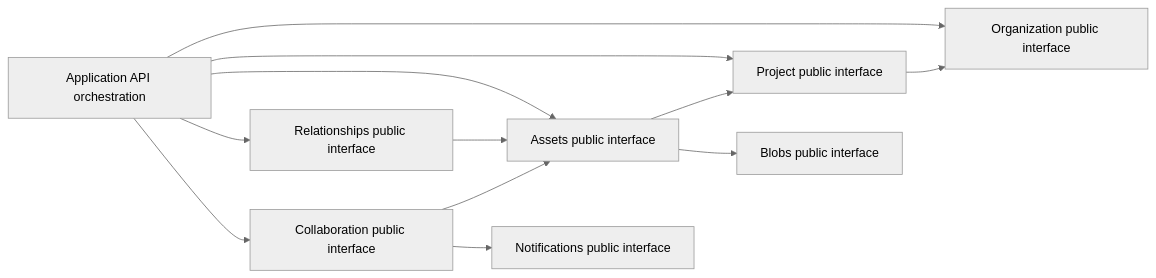
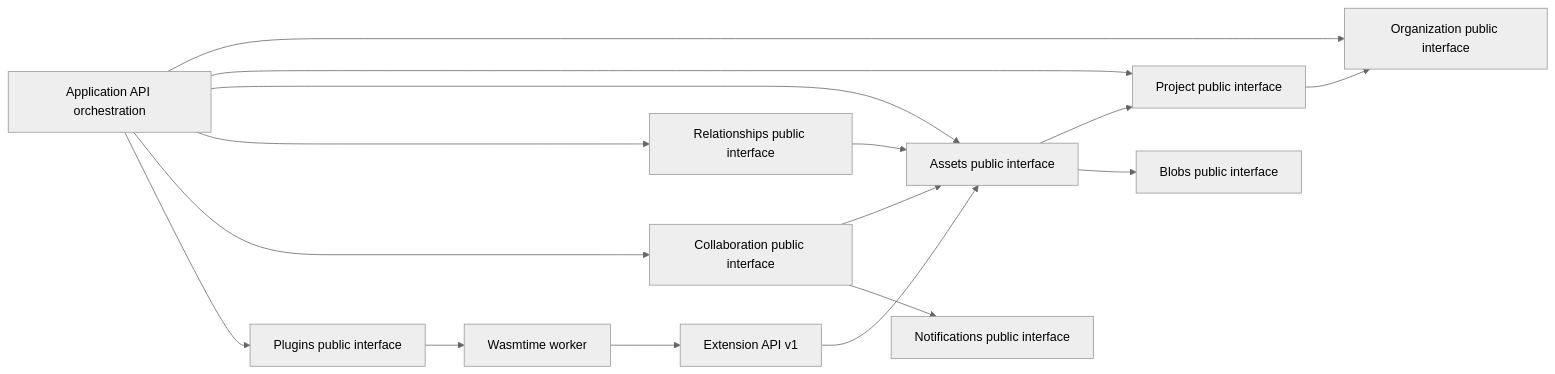
The second of 3 diagrams in docs/INTERNAL_FUNCTIONING.md (synkop360/OpenPDM), drawn with Mermaid (neutral theme) before and after one commit. The commit also changed other lines of this file and 13 other files, not shown here.

````diff
--- a/docs/INTERNAL_FUNCTIONING.md
+++ b/docs/INTERNAL_FUNCTIONING.md
@@ -63,23 +63,30 @@
 ```mermaid
 flowchart LR
     API["Application API orchestration"]
     Org["Organization public interface"]
     Project["Project public interface"]
     Assets["Assets public interface"]
     Blobs["Blobs public interface"]
     Relationships["Relationships public interface"]
     Collaboration["Collaboration public interface"]
     Notifications["Notifications public interface"]
+    Plugins["Plugins public interface"]
+    Extension["Extension API v1"]
+    Worker["Wasmtime worker"]
 
     API --> Org
     API --> Project
     API --> Assets
     API --> Relationships
     API --> Collaboration
+    API --> Plugins
+    Plugins --> Worker
+    Worker --> Extension
+    Extension --> Assets
     Project --> Org
     Assets --> Project
     Assets --> Blobs
     Relationships --> Assets
     Collaboration --> Assets
     Collaboration --> Notifications
 ```
````
